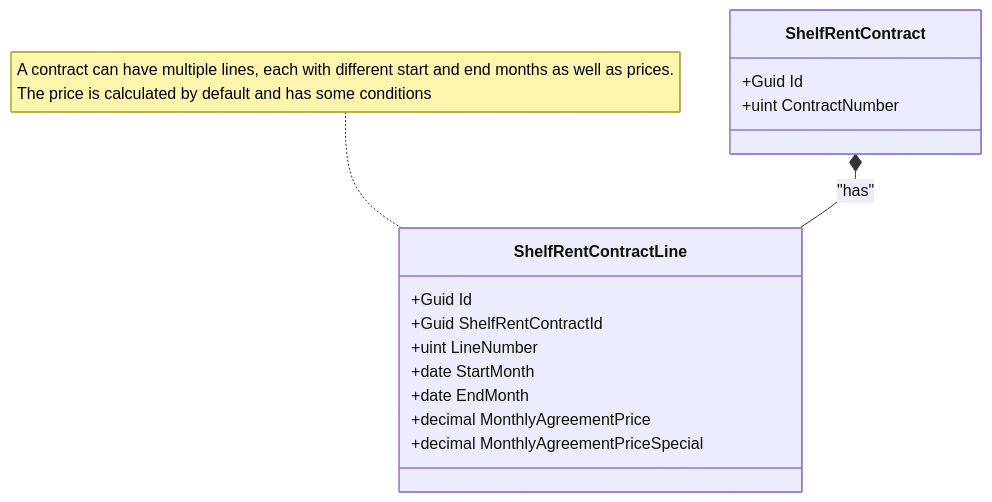
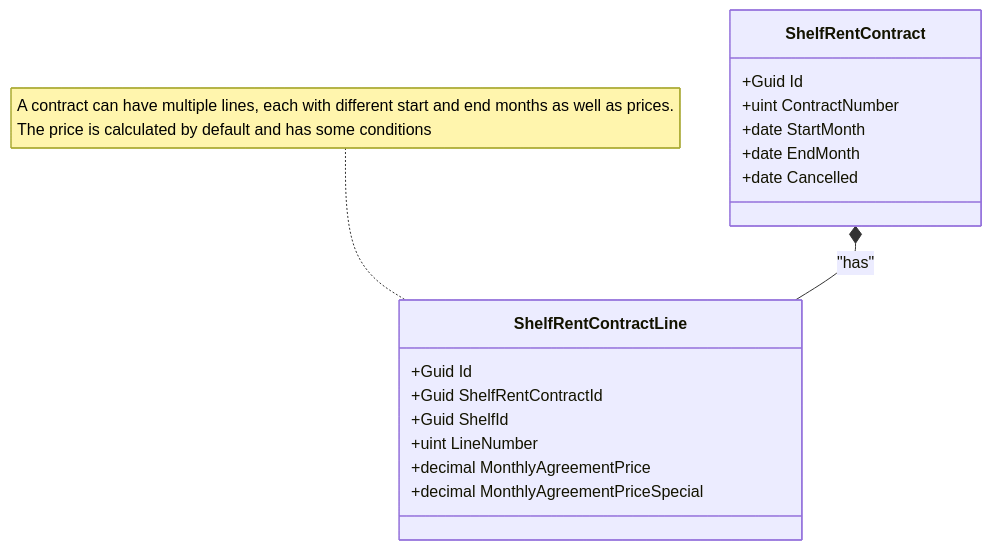
Before and after one commit to DMOoF25-TEAM11/ShelfMarket: the diagram in docs/sprint-2/UseCase003-AdministrateShelfTenantContract/DCD.mmd, drawn with Mermaid. The commit also changed 4 other files, not shown here.

Commit message:
Add ER for UseCase003-AdministreteShelfTenantContract

```diff
--- a/docs/sprint-2/UseCase003-AdministrateShelfTenantContract/DCD.mmd
+++ b/docs/sprint-2/UseCase003-AdministrateShelfTenantContract/DCD.mmd
@@ -1,19 +1,21 @@
 classDiagram
     class ShelfRentContract {
         +Guid Id
         +uint ContractNumber
+        +date StartMonth
+        +date EndMonth
+        +date Cancelled
     }
 
     class ShelfRentContractLine {
         +Guid Id
         +Guid ShelfRentContractId
+        +Guid ShelfId
         +uint LineNumber
-        +date StartMonth
-        +date EndMonth
         +decimal MonthlyAgreementPrice
         +decimal MonthlyAgreementPriceSpecial
     }
 
 ShelfRentContract *-- ShelfRentContractLine : "has"
 
 note for ShelfRentContractLine "A contract can have multiple lines, each with different start and end months as well as prices.<br>The price is calculated by default and has some conditions"
```
